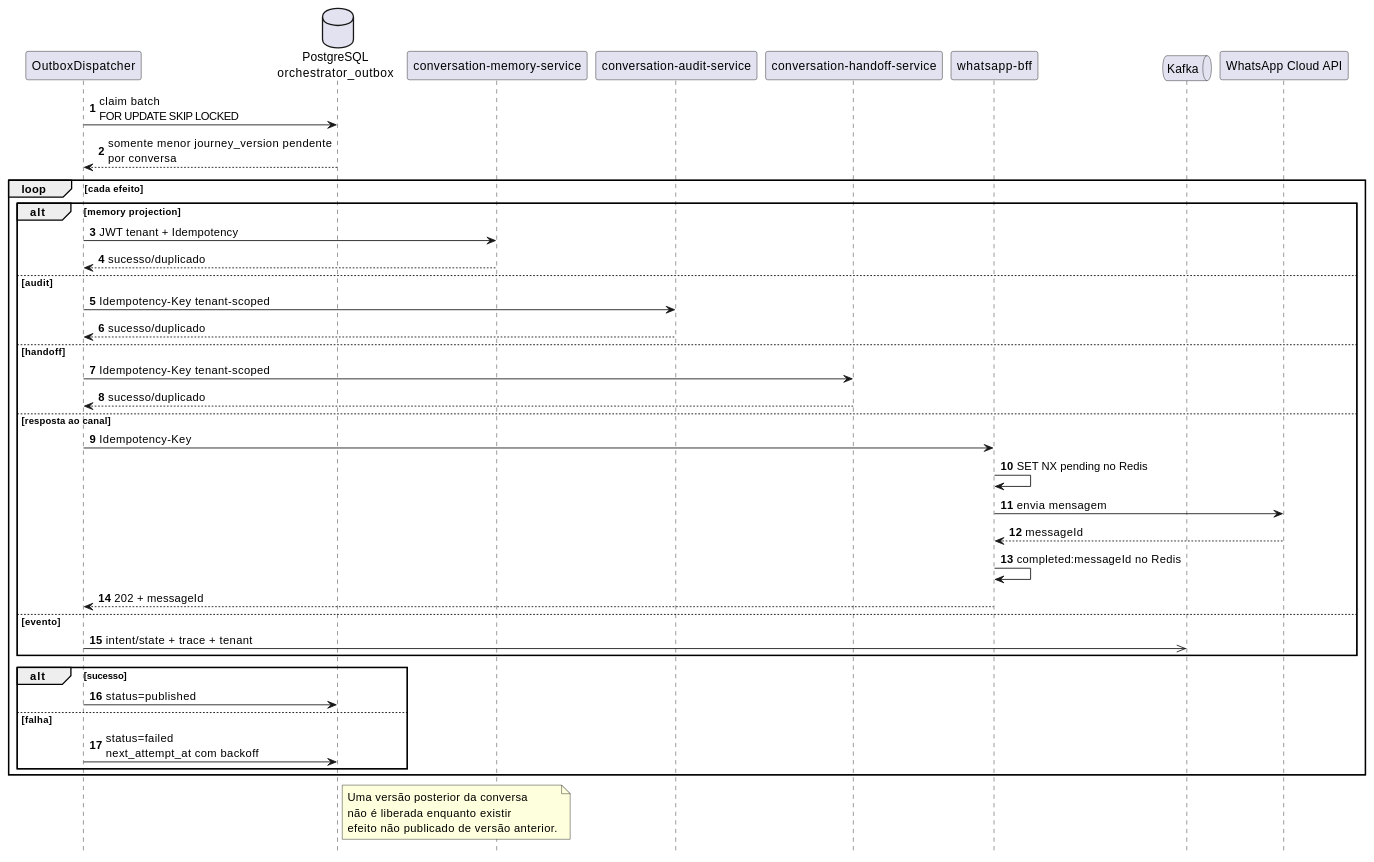
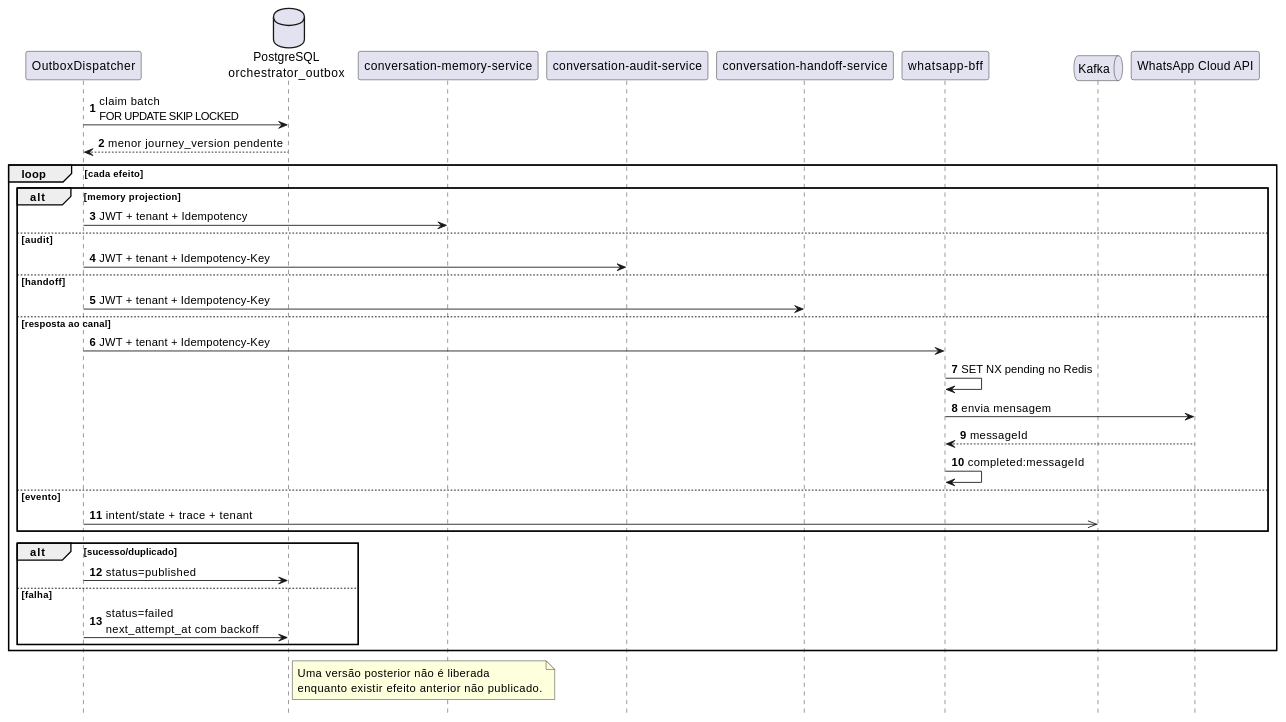
Before and after one commit to leandrosflora/conversational-ai-platform-architecture: the second of 5 diagrams in docs/architecture/sequence-diagrams.md, drawn with PlantUML. The commit also changed other lines of this file, not shown here.

````diff
--- a/docs/architecture/sequence-diagrams.md
+++ b/docs/architecture/sequence-diagrams.md
@@ -72,52 +66,47 @@
 ```plantuml
 @startuml
 hide footbox
 autonumber
 
 participant "OutboxDispatcher" as Dispatcher
 database "PostgreSQL\norchestrator_outbox" as Outbox
 participant "conversation-memory-service" as Memory
 participant "conversation-audit-service" as Audit
 participant "conversation-handoff-service" as Handoff
 participant "whatsapp-bff" as BFF
 queue Kafka
 participant "WhatsApp Cloud API" as Meta
 
 Dispatcher -> Outbox: claim batch\nFOR UPDATE SKIP LOCKED
-Outbox --> Dispatcher: somente menor journey_version pendente\npor conversa
+Outbox --> Dispatcher: menor journey_version pendente
 
 loop cada efeito
   alt memory projection
-    Dispatcher -> Memory: JWT tenant + Idempotency
-    Memory --> Dispatcher: sucesso/duplicado
+    Dispatcher -> Memory: JWT + tenant + Idempotency
   else audit
-    Dispatcher -> Audit: Idempotency-Key tenant-scoped
-    Audit --> Dispatcher: sucesso/duplicado
+    Dispatcher -> Audit: JWT + tenant + Idempotency-Key
   else handoff
-    Dispatcher -> Handoff: Idempotency-Key tenant-scoped
-    Handoff --> Dispatcher: sucesso/duplicado
+    Dispatcher -> Handoff: JWT + tenant + Idempotency-Key
   else resposta ao canal
-    Dispatcher -> BFF: Idempotency-Key
+    Dispatcher -> BFF: JWT + tenant + Idempotency-Key
     BFF -> BFF: SET NX pending no Redis
     BFF -> Meta: envia mensagem
     Meta --> BFF: messageId
-    BFF -> BFF: completed:messageId no Redis
-    BFF --> Dispatcher: 202 + messageId
+    BFF -> BFF: completed:messageId
   else evento
     Dispatcher ->> Kafka: intent/state + trace + tenant
   end
 
-  alt sucesso
+  alt sucesso/duplicado
     Dispatcher -> Outbox: status=published
   else falha
     Dispatcher -> Outbox: status=failed\nnext_attempt_at com backoff
   end
 end
 
 note right of Outbox
-Uma versão posterior da conversa
-não é liberada enquanto existir
-efeito não publicado de versão anterior.
+Uma versão posterior não é liberada
+enquanto existir efeito anterior não publicado.
 end note
 @enduml
 ```
````
